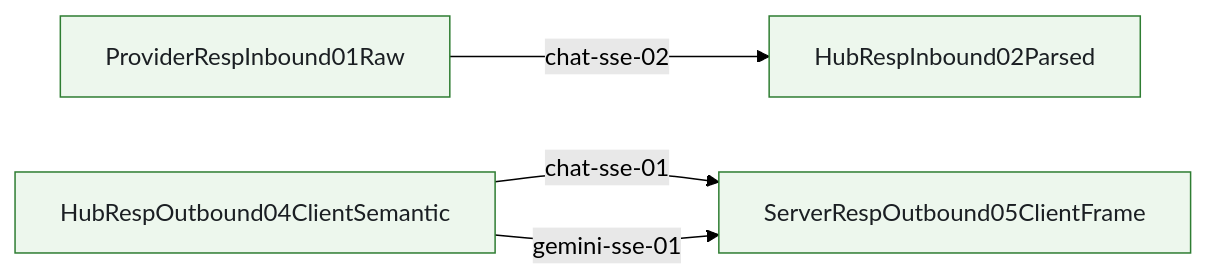
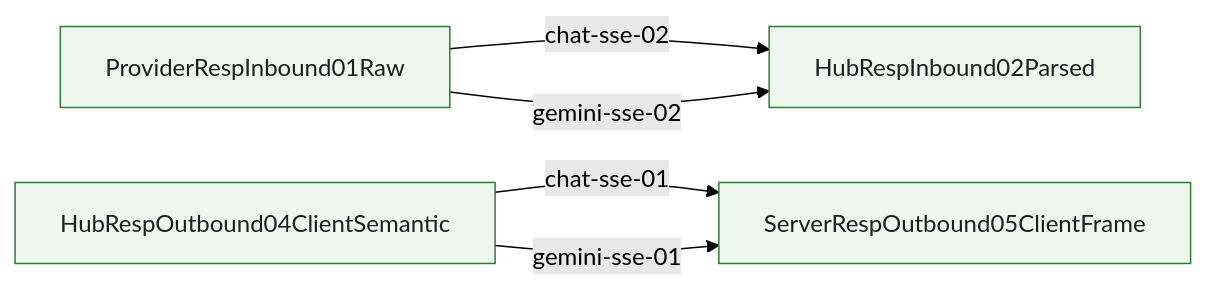
Diagram 13 of 13 in docs/architecture/wiki/mainline-call-graph.md (Jasonzhangf/routecodex), drawn with Mermaid (forest theme) before and after one commit. The commit also changed other lines of this file and 24 other files, not shown here.

````diff
--- a/docs/architecture/wiki/mainline-call-graph.md
+++ b/docs/architecture/wiki/mainline-call-graph.md
@@ -528,17 +528,18 @@
 ```mermaid
 flowchart LR
   HubRespInbound02Parsed["HubRespInbound02Parsed"]
   ProviderRespInbound01Raw["ProviderRespInbound01Raw"]
   ServerRespOutbound05ClientFrame["ServerRespOutbound05ClientFrame"]
   HubRespOutbound04ClientSemantic["HubRespOutbound04ClientSemantic"]
   HubRespOutbound04ClientSemantic -->|chat-sse-01| ServerRespOutbound05ClientFrame
   ProviderRespInbound01Raw -->|chat-sse-02| HubRespInbound02Parsed
   HubRespOutbound04ClientSemantic -->|gemini-sse-01| ServerRespOutbound05ClientFrame
+  ProviderRespInbound01Raw -->|gemini-sse-02| HubRespInbound02Parsed
   classDef anchored fill:#edf7ed,stroke:#2e7d32,stroke-width:1px,color:#1b1f23;
   classDef partial fill:#fff7e6,stroke:#b26a00,stroke-width:1px,color:#1b1f23;
   classDef pending fill:#f4f4f5,stroke:#6b7280,stroke-width:1px,stroke-dasharray: 5 5,color:#1b1f23;
   class HubRespOutbound04ClientSemantic anchored;
   class ServerRespOutbound05ClientFrame anchored;
   class ProviderRespInbound01Raw anchored;
   class HubRespInbound02Parsed anchored;
 ```
````
